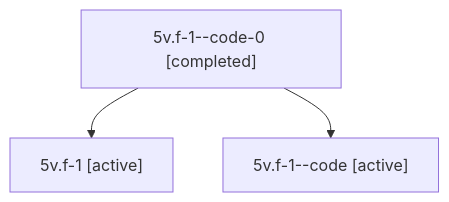
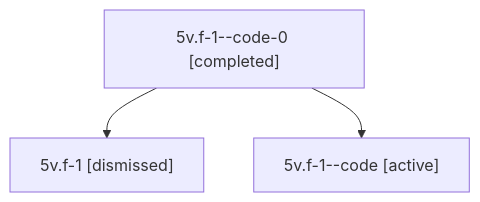
Before and after one commit to sase-org/sase--agents: the diagram in sessions/bbugyi200.athena.5v.f-1.md, drawn with Mermaid. The commit also changed other lines of this file and 35 other files, not shown here.

````diff
--- a/sessions/bbugyi200.athena.5v.f-1.md
+++ b/sessions/bbugyi200.athena.5v.f-1.md
@@ -9,8 +9,8 @@
 ```mermaid
 flowchart TD
   n0["5v.f-1--code-0 [completed]"]
-  n1["5v.f-1 [active]"]
+  n1["5v.f-1 [dismissed]"]
   n0 --> n1
   n2["5v.f-1--code [active]"]
   n0 --> n2
 ```
````
